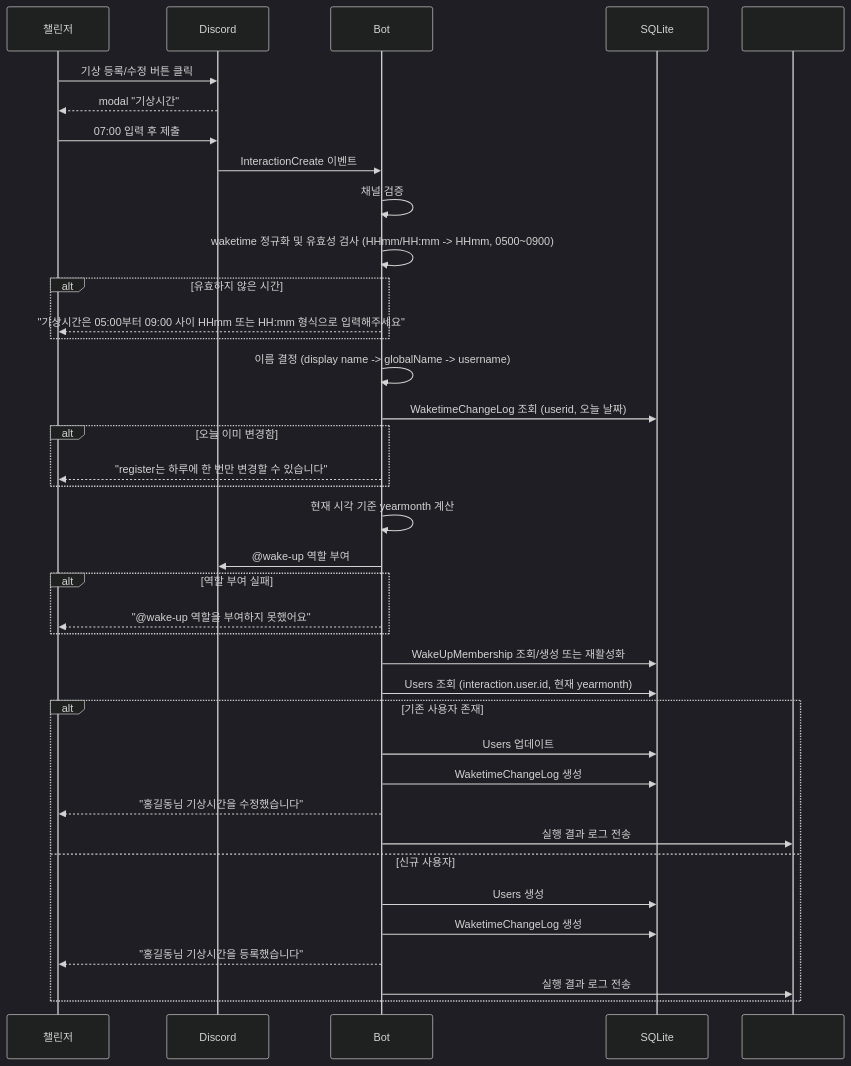
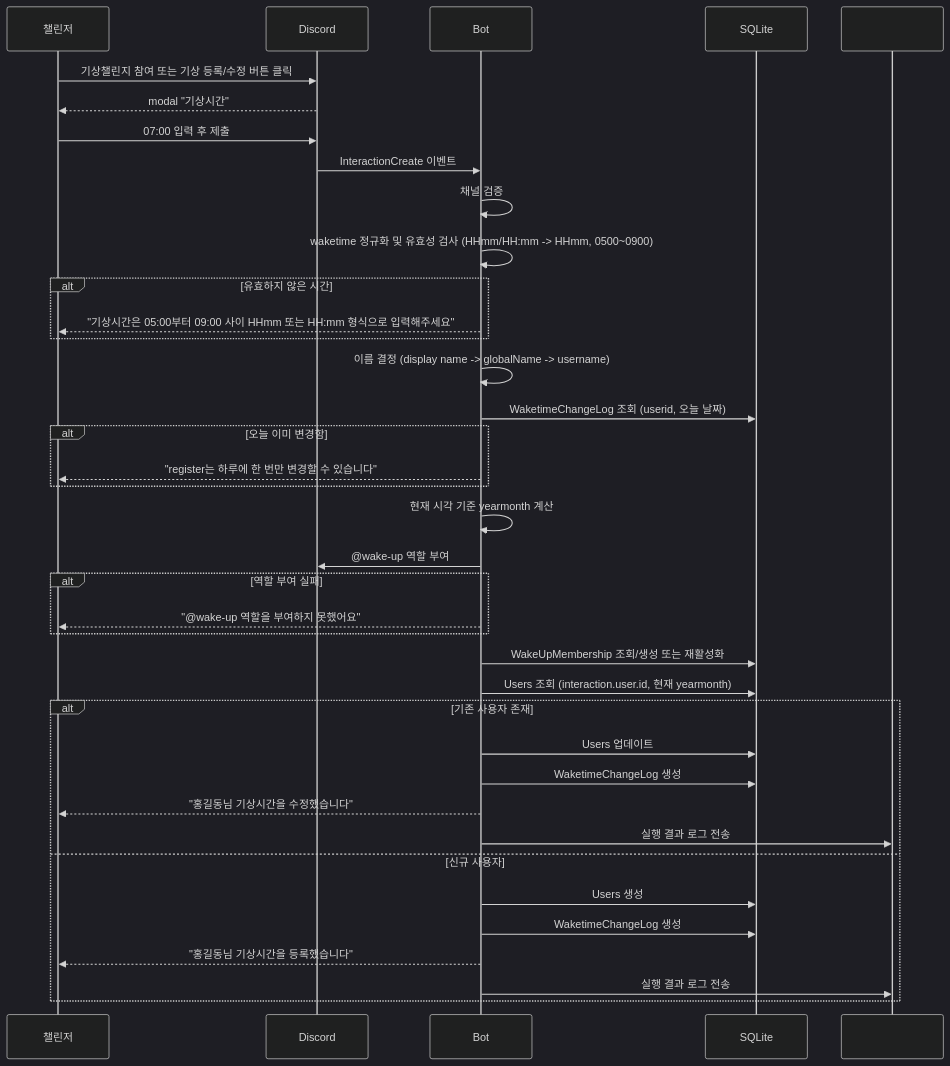
Before and after one commit to honki12345/haruharu-discord-bot: the sixth of 21 diagrams in docs/USER_STORIES.md, drawn with Mermaid (dark theme). The commit also changed other lines of this file and 5 other files, not shown here.

````diff
--- a/docs/USER_STORIES.md
+++ b/docs/USER_STORIES.md
@@ -221,48 +221,48 @@
 ```mermaid
 sequenceDiagram
     participant U as 챌린저
     participant D as Discord
     participant B as Bot
     participant DB as SQLite
     participant T as #test
 
-    U->>D: 기상 등록/수정 버튼 클릭
+    U->>D: 기상챌린지 참여 또는 기상 등록/수정 버튼 클릭
     D-->>U: modal "기상시간"
     U->>D: 07:00 입력 후 제출
 
     D->>B: InteractionCreate 이벤트
     B->>B: 채널 검증
 
     B->>B: waketime 정규화 및 유효성 검사 (HHmm/HH:mm -> HHmm, 0500~0900)
     alt 유효하지 않은 시간
         B-->>U: "기상시간은 05:00부터 09:00 사이 HHmm 또는 HH:mm 형식으로 입력해주세요"
     end
 
     B->>B: 이름 결정 (display name -> globalName -> username)
 
     B->>DB: WaketimeChangeLog 조회 (userid, 오늘 날짜)
     alt 오늘 이미 변경함
         B-->>U: "register는 하루에 한 번만 변경할 수 있습니다"
     end
 
     B->>B: 현재 시각 기준 yearmonth 계산
     B->>D: @wake-up 역할 부여
     alt 역할 부여 실패
         B-->>U: "@wake-up 역할을 부여하지 못했어요"
     end
 
     B->>DB: WakeUpMembership 조회/생성 또는 재활성화
     B->>DB: Users 조회 (interaction.user.id, 현재 yearmonth)
 
     alt 기존 사용자 존재
         B->>DB: Users 업데이트
         B->>DB: WaketimeChangeLog 생성
         B-->>U: "홍길동님 기상시간을 수정했습니다"
         B->>T: 실행 결과 로그 전송
     else 신규 사용자
         B->>DB: Users 생성
         B->>DB: WaketimeChangeLog 생성
         B-->>U: "홍길동님 기상시간을 등록했습니다"
         B->>T: 실행 결과 로그 전송
     end
 ```
````
